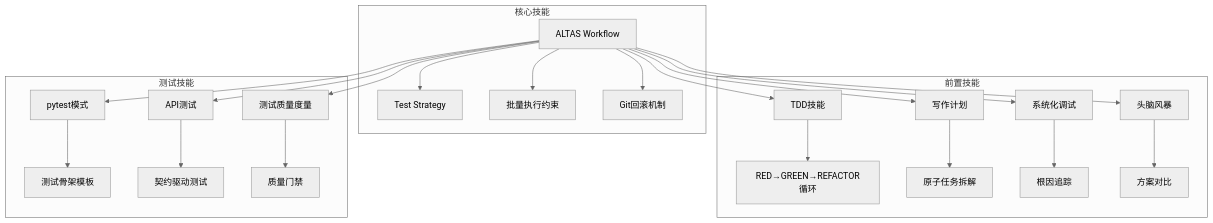
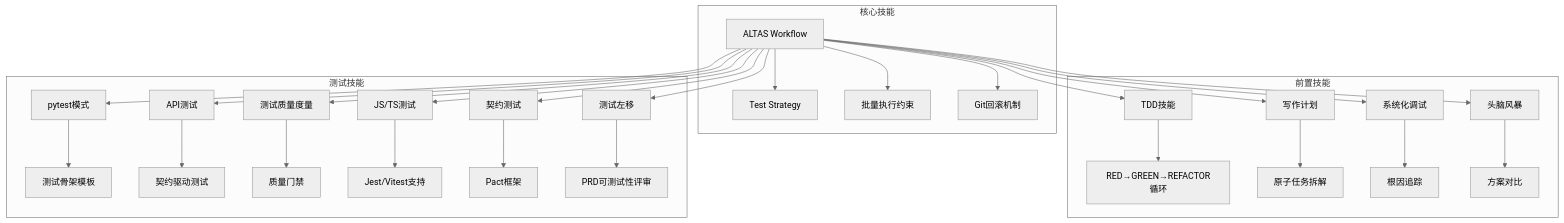
Before and after one commit to AngelWings1997/altas: the fifth of 7 diagrams in .qoder/repowiki/zh/content/SKILL Entry Review.md, drawn with Mermaid (neutral theme). The commit also changed other lines of this file and 16 other files, not shown here.

````diff
--- a/.qoder/repowiki/zh/content/SKILL Entry Review.md
+++ b/.qoder/repowiki/zh/content/SKILL Entry Review.md
@@ -226,26 +318,32 @@
 ```mermaid
 graph TB
 subgraph "核心技能"
 A[ALTAS Workflow] --> B[Test Strategy]
 A --> C[批量执行约束]
 A --> D[Git回滚机制]
 end
 subgraph "前置技能"
 E[TDD技能] --> F[RED→GREEN→REFACTOR循环]
 G[写作计划] --> H[原子任务拆解]
 I[系统化调试] --> J[根因追踪]
 K[头脑风暴] --> L[方案对比]
 end
 subgraph "测试技能"
 M[pytest模式] --> N[测试骨架模板]
 O[API测试] --> P[契约驱动测试]
 Q[测试质量度量] --> R[质量门禁]
+S[JS/TS测试] --> T[Jest/Vitest支持]
+U[契约测试] --> V[Pact框架]
+W[测试左移] --> X[PRD可测试性评审]
 end
 A --> E
 A --> G
 A --> I
 A --> K
 A --> M
 A --> O
 A --> Q
+A --> S
+A --> U
+A --> W
 ```
````
